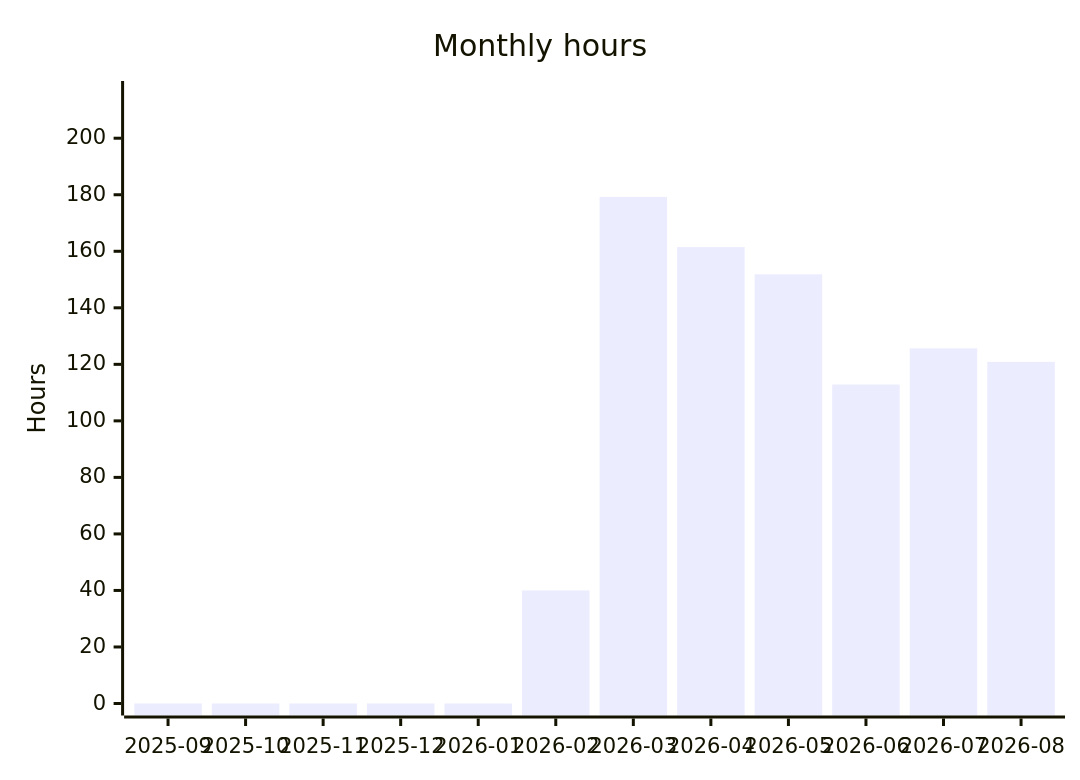
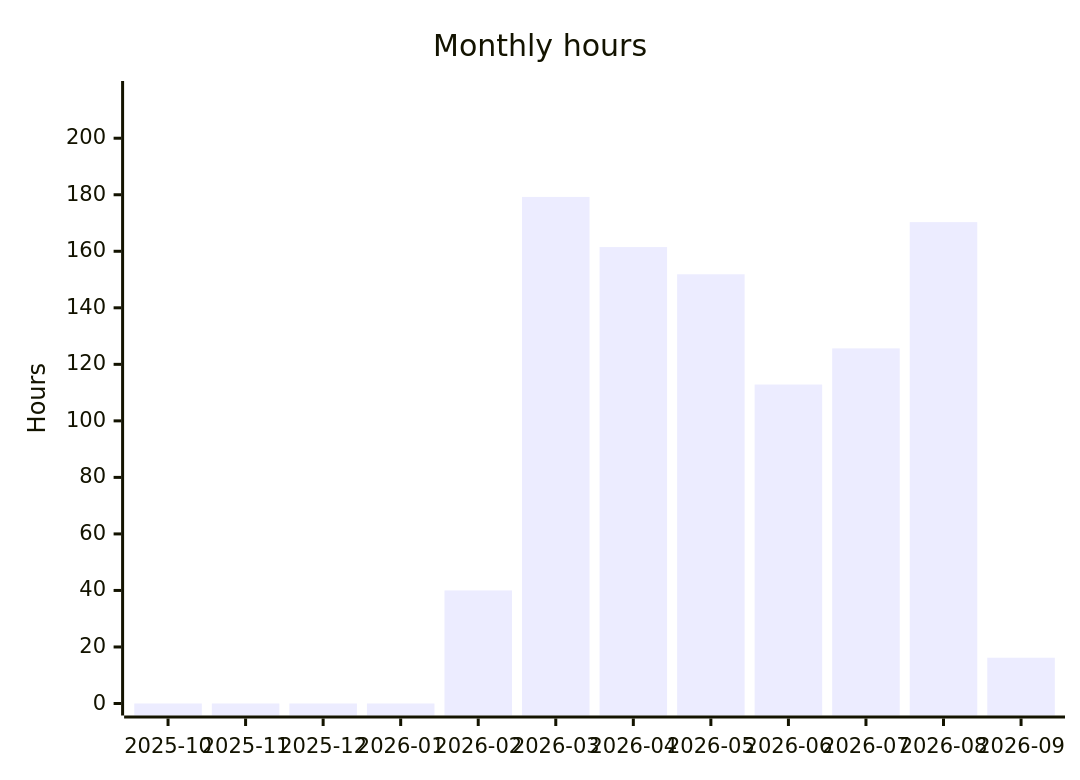
Before and after one commit to albinforsberg-netizen/timeclock: the fourth of 5 diagrams in README.org, drawn with Mermaid. The commit also changed other lines of this file, not shown here.

```diff
--- a/README.org
+++ b/README.org
@@ -121,7 +121,7 @@
 #+begin_src mermaid
 xychart-beta
     title "Monthly hours"
-    x-axis ["2025-09", "2025-10", "2025-11", "2025-12", "2026-01", "2026-02", "2026-03", "2026-04", "2026-05", "2026-06", "2026-07", "2026-08"]
+    x-axis ["2025-10", "2025-11", "2025-12", "2026-01", "2026-02", "2026-03", "2026-04", "2026-05", "2026-06", "2026-07", "2026-08", "2026-09"]
     y-axis "Hours" 0 --> 216
-    bar [0.00, 0.00, 0.00, 0.00, 0.00, 40.00, 179.23, 161.48, 151.86, 112.85, 125.64, 120.87]
+    bar [0.00, 0.00, 0.00, 0.00, 40.00, 179.23, 161.48, 151.86, 112.85, 125.64, 170.32, 16.20]
 #+end_src
```
